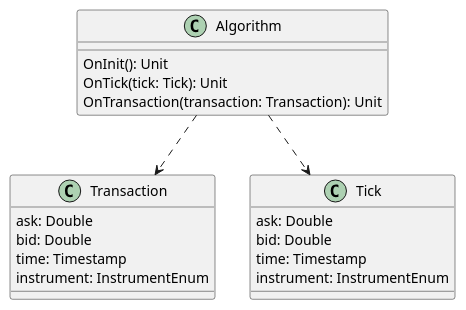
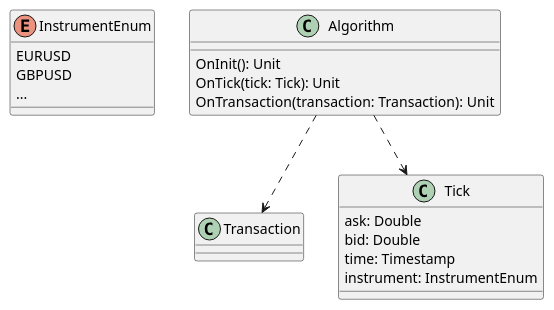
One commit to traderbook/documentation changed the diagram in dev-docs/specs/algorithm.adoc. Above: the diagram before and after it, drawn with PlantUML. The commit also changed 3 other files, not shown here.

```diff
--- a/dev-docs/specs/algorithm.adoc
+++ b/dev-docs/specs/algorithm.adoc
@@ -26,25 +26,26 @@
 [plantuml, format="svg"]
 ....
-class Transaction {
-    ask: Double
-    bid: Double
-    time: Timestamp
-    instrument: InstrumentEnum
+enum InstrumentEnum {
+  EURUSD
+  GBPUSD
+  ...
 }
+
+class Transaction
 
 class Tick {
     ask: Double
     bid: Double
     time: Timestamp
     instrument: InstrumentEnum
 }
 
 class Algorithm {
     OnInit(): Unit
     OnTick(tick: Tick): Unit
     OnTransaction(transaction: Transaction): Unit
 }
 
 Algorithm ..> Tick
 Algorithm ..> Transaction
 ....
```
